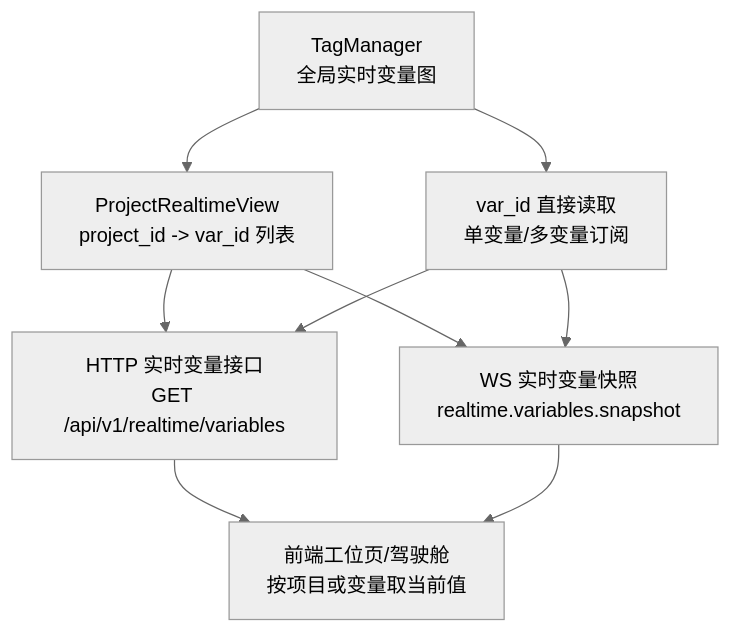
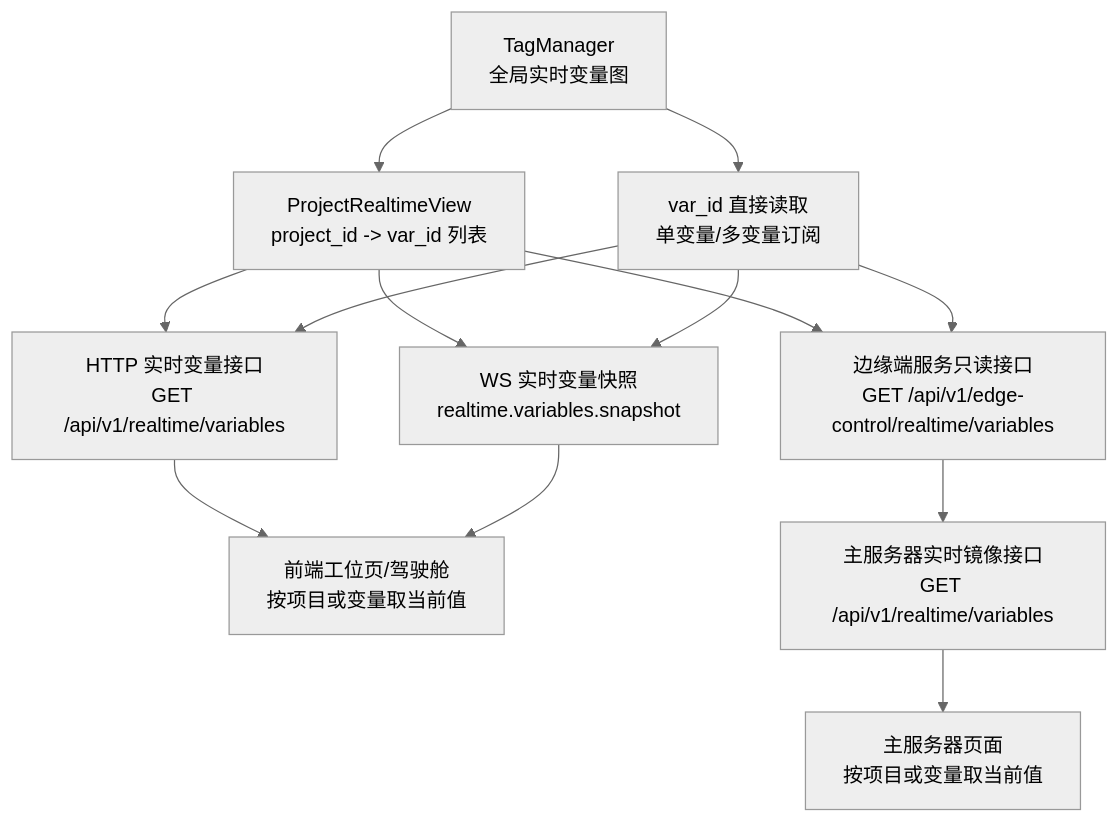
One commit to YufeiSun5/edge-terminal-SPT changed the second of 6 diagrams in backend/docs/边缘端全链路数据流转与分发图.md. Above: the diagram before and after it, drawn with Mermaid (neutral theme). The commit also changed other lines of this file and 49 other files, not shown here.

Commit message:
Refactor desktop and backend edge data flow

````diff
--- a/backend/docs/边缘端全链路数据流转与分发图.md
+++ b/backend/docs/边缘端全链路数据流转与分发图.md
@@ -145,14 +146,18 @@
 ```mermaid
 flowchart TB
   全局变量图["TagManager\n全局实时变量图"] --> 项目索引["ProjectRealtimeView\nproject_id -> var_id 列表"]
   全局变量图 --> 单点索引["var_id 直接读取\n单变量/多变量订阅"]
 
   项目索引 --> 实时变量接口["HTTP 实时变量接口\nGET /api/v1/realtime/variables"]
   单点索引 --> 实时变量接口
+  项目索引 --> 边缘服务实时接口["边缘端服务只读接口\nGET /api/v1/edge-control/realtime/variables"]
+  单点索引 --> 边缘服务实时接口
 
   项目索引 --> 实时变量WS["WS 实时变量快照\nrealtime.variables.snapshot"]
   单点索引 --> 实时变量WS
 
   实时变量接口 --> 前端工位["前端工位页/驾驶舱\n按项目或变量取当前值"]
   实时变量WS --> 前端工位
+  边缘服务实时接口 --> 主服务器实时接口["主服务器实时镜像接口\nGET /api/v1/realtime/variables"]
+  主服务器实时接口 --> 主服务器页面["主服务器页面\n按项目或变量取当前值"]
 ```
````
